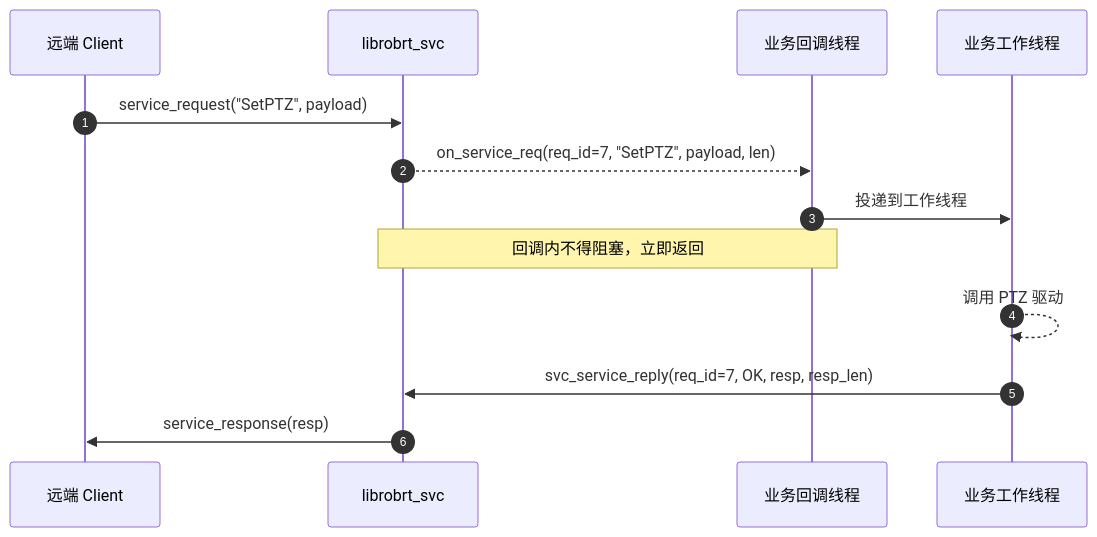
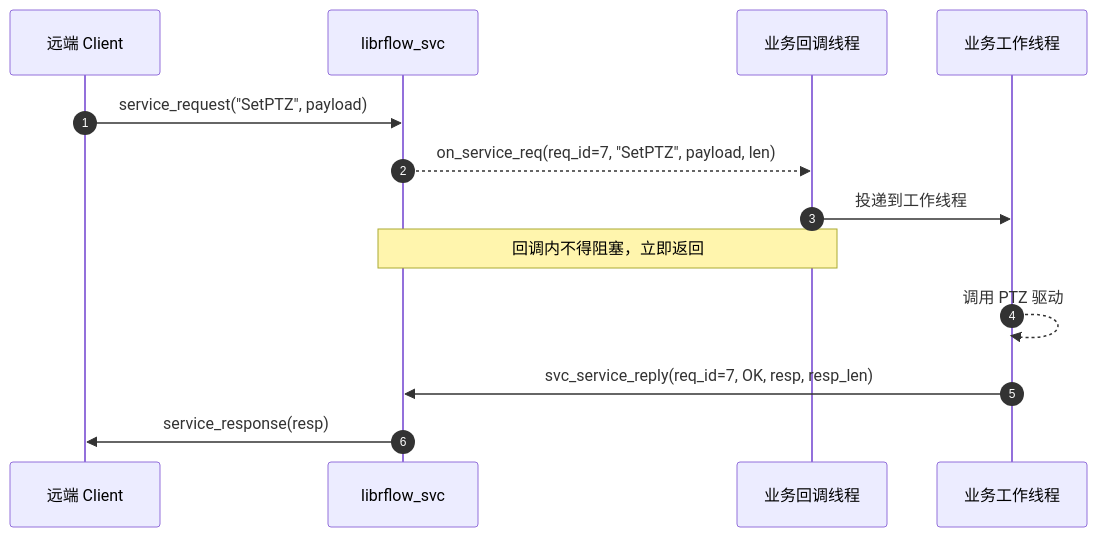
Before and after one commit to honeyyaya/libRoboFlow: the seventh of 11 diagrams in docs/service_api_design.md, drawn with Mermaid. The commit also changed other lines of this file and 113 other files, not shown here.

````diff
--- a/docs/service_api_design.md
+++ b/docs/service_api_design.md
@@ -202,16 +202,16 @@
 ```mermaid
 sequenceDiagram
     autonumber
     participant CLI as 远端 Client
-    participant SDK as librobrt_svc
+    participant SDK as librflow_svc
     participant BIZ as 业务回调线程
     participant WRK as 业务工作线程
 
     CLI->>SDK: service_request("SetPTZ", payload)
     SDK-->>BIZ: on_service_req(req_id=7, "SetPTZ", payload, len)
     BIZ->>WRK: 投递到工作线程
     Note over BIZ,SDK: 回调内不得阻塞，立即返回
     WRK-->>WRK: 调用 PTZ 驱动
     WRK->>SDK: svc_service_reply(req_id=7, OK, resp, resp_len)
     SDK->>CLI: service_response(resp)
 ```
````
